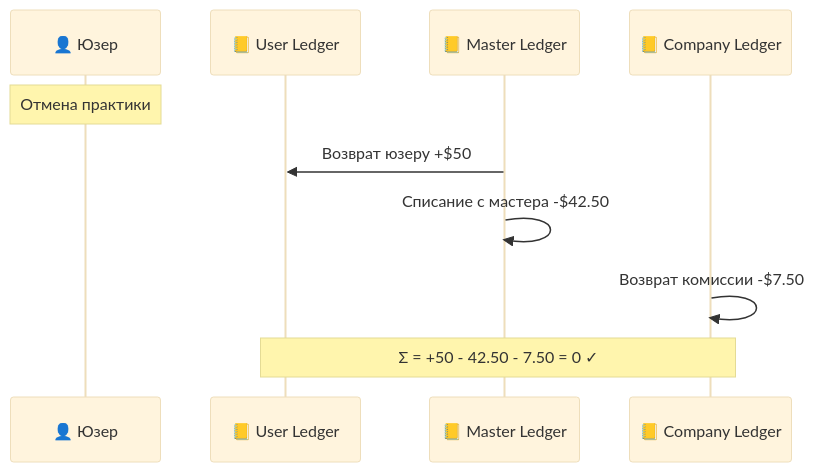
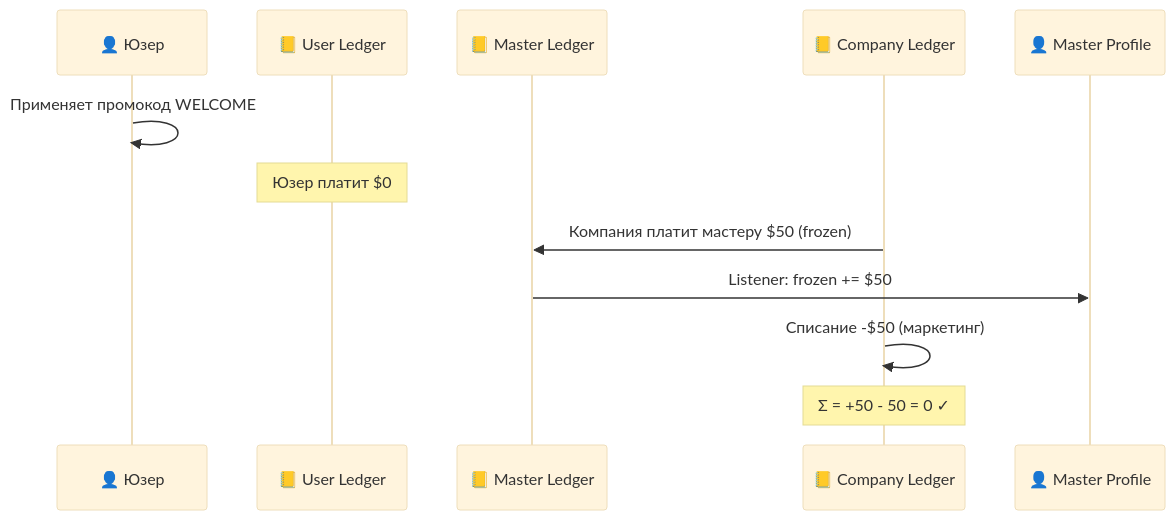
Before and after one commit to aivis-one/velo: the ninth of 9 diagrams in VELO-Payment-System-Meeting.md, drawn with Mermaid (base theme). The commit also changed other lines of this file, not shown here.

````diff
--- a/VELO-Payment-System-Meeting.md
+++ b/VELO-Payment-System-Meeting.md
@@ -345,13 +363,15 @@
 ```mermaid
 sequenceDiagram
     participant U as 👤 Юзер
     participant UL as 📒 User Ledger
     participant ML as 📒 Master Ledger
     participant CL as 📒 Company Ledger
+    participant MP as 👤 Master Profile
 
-    Note over U: Отмена практики
-    ML->>UL: Возврат юзеру +$50
-    ML->>ML: Списание с мастера -$42.50
-    CL->>CL: Возврат комиссии -$7.50
-    Note over UL,CL: Σ = +50 - 42.50 - 7.50 = 0 ✓
+    U->>U: Применяет промокод WELCOME
+    Note over UL: Юзер платит $0
+    CL->>ML: Компания платит мастеру $50 (frozen)
+    ML->>MP: Listener: frozen += $50
+    CL->>CL: Списание -$50 (маркетинг)
+    Note over CL: Σ = +50 - 50 = 0 ✓
 ```
````
